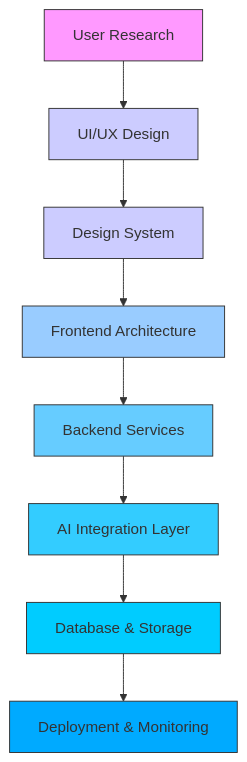
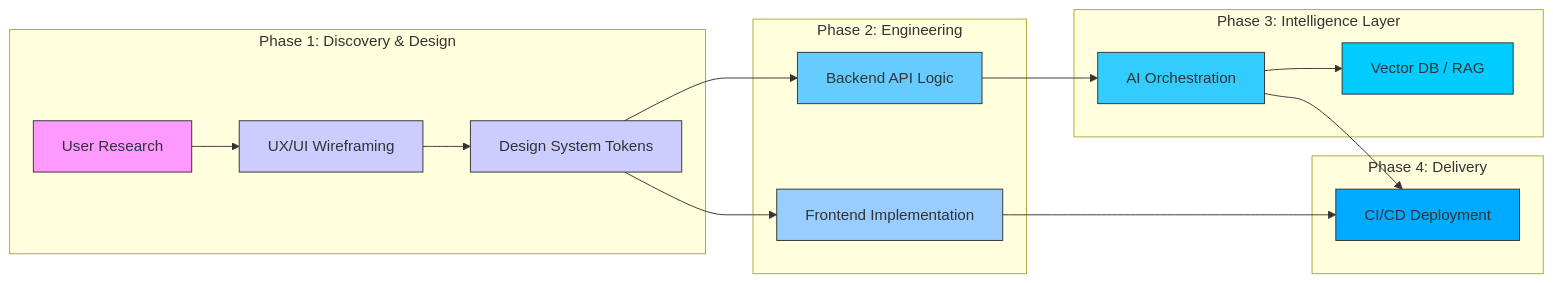
One commit to Walid-Khalfa/Walid-Khalfa changed the diagram in README.md. Above: the diagram before and after it, drawn with Mermaid. The commit also changed other lines of this file, not shown here.

````diff
--- a/README.md
+++ b/README.md
@@ -118,19 +162,31 @@
 ```mermaid
-graph TD
-    A[User Research] --> B[UI/UX Design]
-    B --> C[Design System]
-    C --> D[Frontend Architecture]
-    D --> E[Backend Services]
-    E --> F[AI Integration Layer]
-    F --> G[Database & Storage]
-    G --> H[Deployment & Monitoring]
+graph LR
+    subgraph "Phase 1: Discovery & Design"
+        A[User Research] --> B[UX/UI Wireframing]
+        B --> C[Design System Tokens]
+    end
+
+    subgraph "Phase 2: Engineering"
+        C --> D[Frontend Implementation]
+        C --> E[Backend API Logic]
+    end
+
+    subgraph "Phase 3: Intelligence Layer"
+        E --> F[AI Orchestration]
+        F --> G[Vector DB / RAG]
+    end
+
+    subgraph "Phase 4: Delivery"
+        D --> H[CI/CD Deployment]
+        F --> H
+    end
     
     style A fill:#f9f,stroke:#333
     style B fill:#ccf,stroke:#333
     style C fill:#ccf,stroke:#333
     style D fill:#9cf,stroke:#333
     style E fill:#6cf,stroke:#333
     style F fill:#3cf,stroke:#333
     style G fill:#0cf,stroke:#333
     style H fill:#0af,stroke:#333
 ```
````
